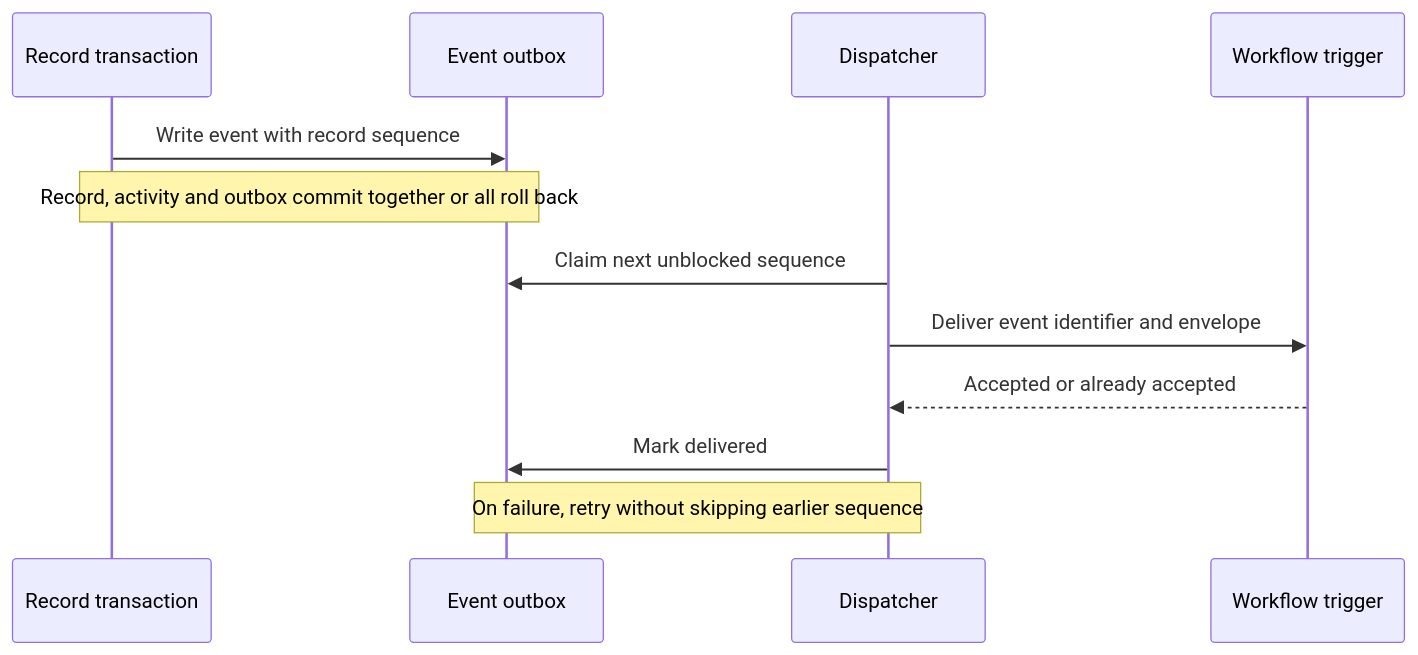
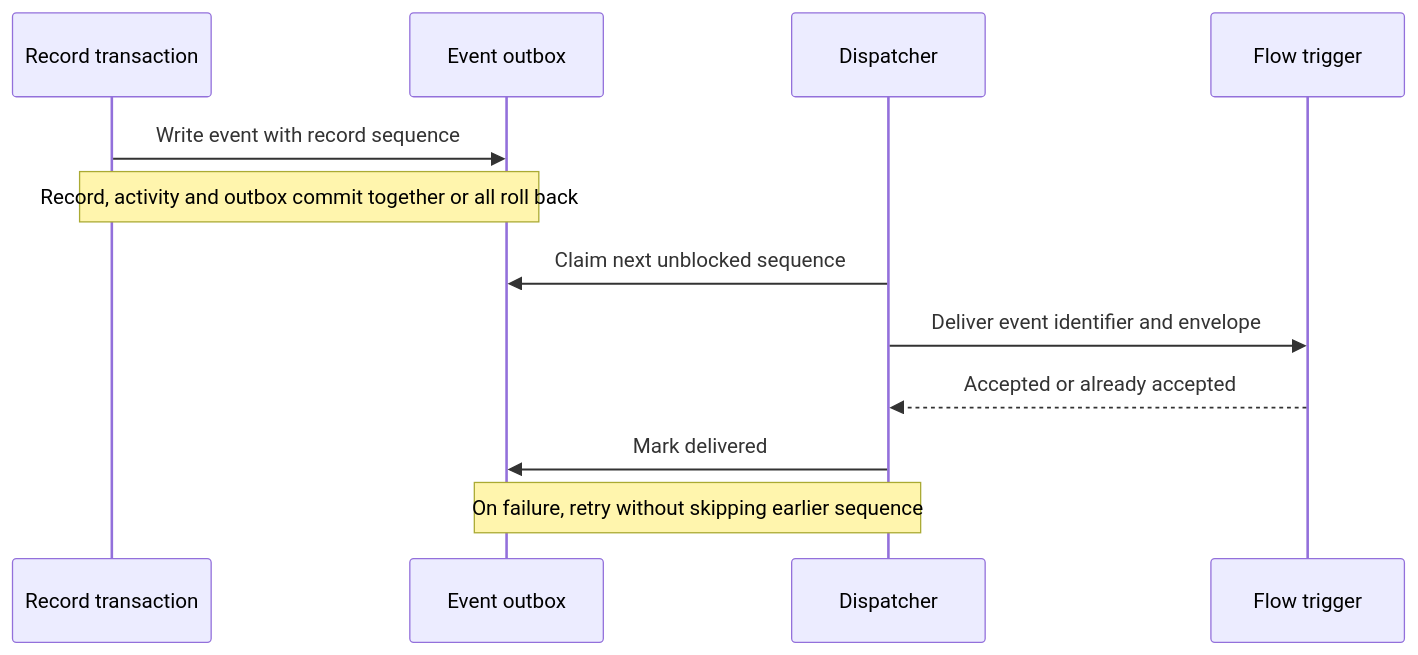
Before and after one commit to Abzum-NZ/Abzum-Vortex: the third of 3 diagrams in docs/specification/08-forms-actions-rules-and-events.md, drawn with Mermaid. The commit also changed 5 other files, not shown here.

````diff
--- a/docs/specification/08-forms-actions-rules-and-events.md
+++ b/docs/specification/08-forms-actions-rules-and-events.md
@@ -204,14 +204,14 @@
 ```mermaid
 sequenceDiagram
     participant DB as Record transaction
     participant Outbox as Event outbox
     participant Dispatch as Dispatcher
-    participant Consumer as Workflow trigger
+    participant Consumer as Flow trigger
     DB->>Outbox: Write event with record sequence
     Note over DB,Outbox: Record, activity and outbox commit together or all roll back
     Dispatch->>Outbox: Claim next unblocked sequence
     Dispatch->>Consumer: Deliver event identifier and envelope
     Consumer-->>Dispatch: Accepted or already accepted
     Dispatch->>Outbox: Mark delivered
     Note over Dispatch,Outbox: On failure, retry without skipping earlier sequence
 ```
````
